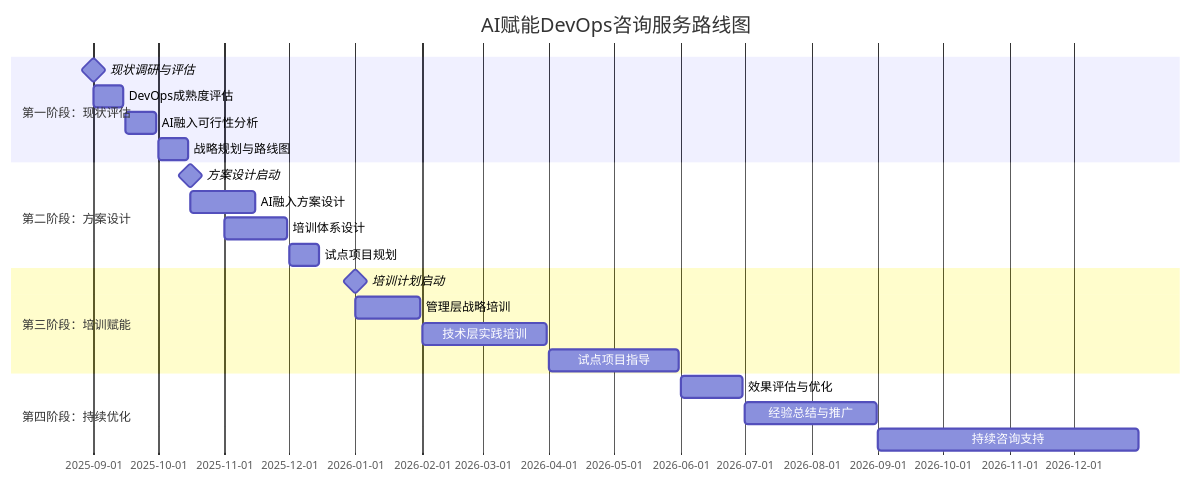
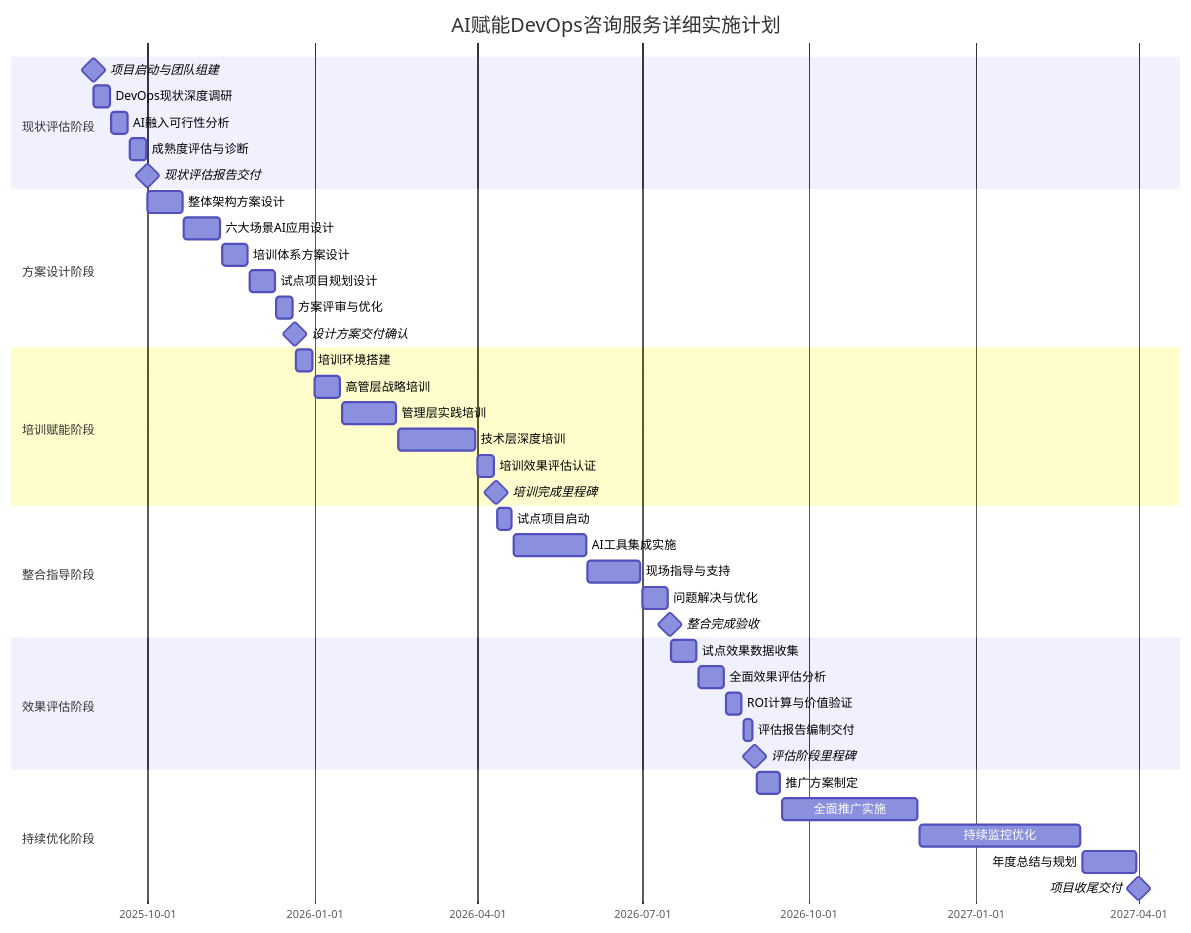
The second of 2 diagrams in 广州集装箱/AI赋能企业DevOps流程数字化转型解决方案.md (chuanminglu/aiworkdocs), drawn with Mermaid before and after one commit. The commit also changed other lines of this file and 2 other files, not shown here.

First line of the commit message:
重大优化：AI赋能DevOps咨询服务实施方案详细化

````diff
--- a/广州集装箱/AI赋能企业DevOps流程数字化转型解决方案.md
+++ b/广州集装箱/AI赋能企业DevOps流程数字化转型解决方案.md
@@ -614,27 +619,48 @@
 ```mermaid
 gantt
-    title AI赋能DevOps咨询服务路线图
+    title AI赋能DevOps咨询服务详细实施计划
     dateFormat  YYYY-MM-DD
-    section 第一阶段：现状评估
-    现状调研与评估        :milestone, m1, 2025-09-01, 0d
-    DevOps成熟度评估      :a1, 2025-09-01, 2025-09-15
-    AI融入可行性分析      :a2, 2025-09-16, 2025-09-30
-    战略规划与路线图      :a3, 2025-10-01, 2025-10-15
+    section 现状评估阶段
+    项目启动与团队组建     :milestone, m1, 2025-09-01, 0d
+    DevOps现状深度调研     :a1, 2025-09-01, 2025-09-10
+    AI融入可行性分析      :a2, 2025-09-11, 2025-09-20
+    成熟度评估与诊断      :a3, 2025-09-21, 2025-09-30
+    现状评估报告交付      :milestone, m1-end, 2025-10-01, 0d
   
-    section 第二阶段：方案设计
-    方案设计启动         :milestone, m2, 2025-10-16, 0d
-    AI融入方案设计       :b1, 2025-10-16, 2025-11-15
-    培训体系设计         :b2, 2025-11-01, 2025-11-30
-    试点项目规划         :b3, 2025-12-01, 2025-12-15
+    section 方案设计阶段
+    整体架构方案设计      :b1, 2025-10-01, 2025-10-20
+    六大场景AI应用设计    :b2, 2025-10-21, 2025-11-10
+    培训体系方案设计      :b3, 2025-11-11, 2025-11-25
+    试点项目规划设计      :b4, 2025-11-26, 2025-12-10
+    方案评审与优化        :b5, 2025-12-11, 2025-12-20
+    设计方案交付确认      :milestone, m2-end, 2025-12-21, 0d
   
-    section 第三阶段：培训赋能
-    培训计划启动         :milestone, m3, 2026-01-01, 0d
-    管理层战略培训       :c1, 2026-01-01, 2026-01-31
-    技术层实践培训       :c2, 2026-02-01, 2026-03-31
-    试点项目指导         :c3, 2026-04-01, 2026-05-31
+    section 培训赋能阶段
+    培训环境搭建         :c1, 2025-12-22, 2025-12-31
+    高管层战略培训       :c2, 2026-01-01, 2026-01-15
+    管理层实践培训       :c3, 2026-01-16, 2026-02-15
+    技术层深度培训       :c4, 2026-02-16, 2026-03-31
+    培训效果评估认证     :c5, 2026-04-01, 2026-04-10
+    培训完成里程碑       :milestone, m3-end, 2026-04-11, 0d
   
-    section 第四阶段：持续优化
-    效果评估与优化       :d1, 2026-06-01, 2026-06-30
-    经验总结与推广       :d2, 2026-07-01, 2026-08-31
-    持续咨询支持         :d3, 2026-09-01, 2026-12-31
+    section 整合指导阶段
+    试点项目启动        :d1, 2026-04-12, 2026-04-20
+    AI工具集成实施      :d2, 2026-04-21, 2026-05-31
+    现场指导与支持      :d3, 2026-06-01, 2026-06-30
+    问题解决与优化      :d4, 2026-07-01, 2026-07-15
+    整合完成验收        :milestone, m4-end, 2026-07-16, 0d
+  
+    section 效果评估阶段
+    试点效果数据收集    :e1, 2026-07-17, 2026-07-31
+    全面效果评估分析    :e2, 2026-08-01, 2026-08-15
+    ROI计算与价值验证   :e3, 2026-08-16, 2026-08-25
+    评估报告编制交付    :e4, 2026-08-26, 2026-08-31
+    评估阶段里程碑      :milestone, m5-end, 2026-09-01, 0d
+  
+    section 持续优化阶段
+    推广方案制定        :f1, 2026-09-02, 2026-09-15
+    全面推广实施        :f2, 2026-09-16, 2026-11-30
+    持续监控优化        :f3, 2026-12-01, 2027-02-28
+    年度总结与规划      :f4, 2027-03-01, 2027-03-31
+    项目收尾交付        :milestone, project-end, 2027-04-01, 0d
 ```
````
